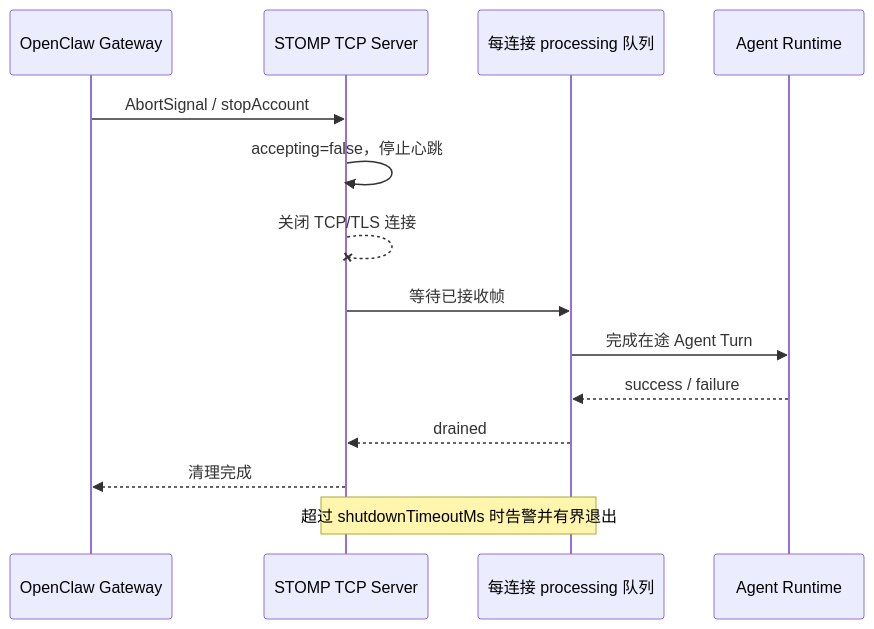
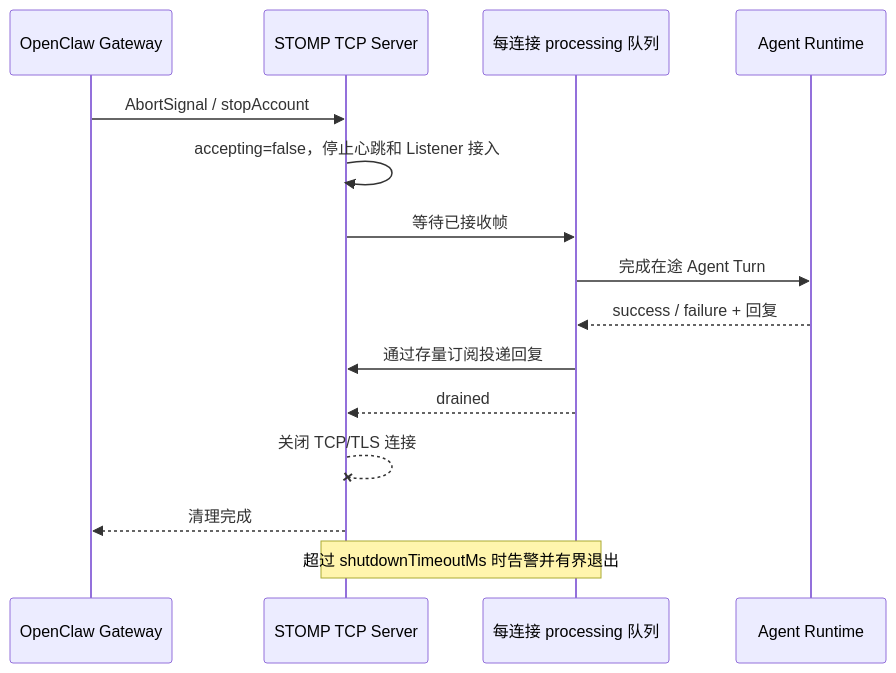
Before and after one commit to partme-ai/openclaw-plugins: the fifth of 5 diagrams in extensions/stomp/README.zh-CN.md, drawn with Mermaid. The commit also changed other lines of this file and 23 other files, not shown here.

````diff
--- a/extensions/stomp/README.zh-CN.md
+++ b/extensions/stomp/README.zh-CN.md
@@ -310,16 +323,17 @@
 ```mermaid
 sequenceDiagram
   participant G as OpenClaw Gateway
   participant S as STOMP TCP Server
   participant Q as 每连接 processing 队列
   participant A as Agent Runtime
   G->>S: AbortSignal / stopAccount
-  S->>S: accepting=false，停止心跳
-  S--xS: 关闭 TCP/TLS 连接
+  S->>S: accepting=false，停止心跳和 Listener 接入
   S->>Q: 等待已接收帧
   Q->>A: 完成在途 Agent Turn
-  A-->>Q: success / failure
+  A-->>Q: success / failure + 回复
+  Q->>S: 通过存量订阅投递回复
   Q-->>S: drained
+  S--xS: 关闭 TCP/TLS 连接
   S-->>G: 清理完成
   Note over S,Q: 超过 shutdownTimeoutMs 时告警并有界退出
 ```
````
